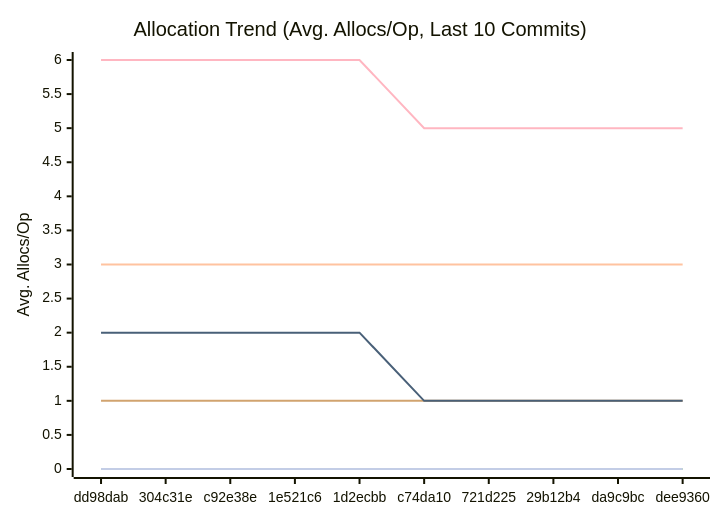
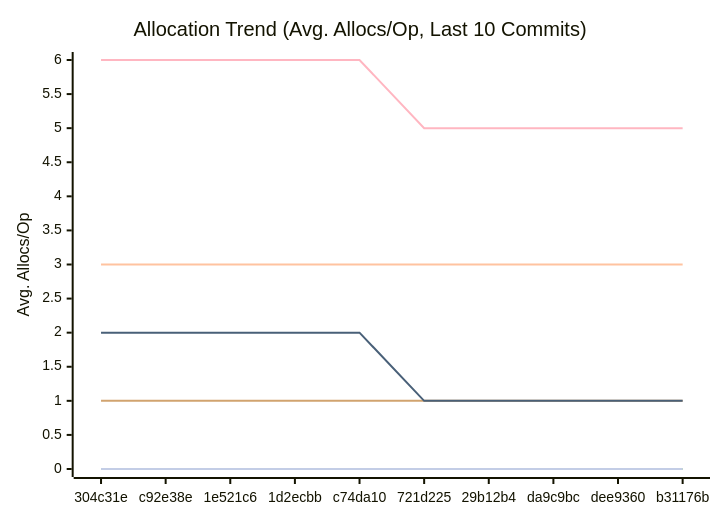
Before and after one commit to alsotoes/momo: the third of 3 diagrams in docs/PERFORMANCE.md, drawn with Mermaid. The commit also changed other lines of this file and 13 other files, not shown here.

````diff
--- a/docs/PERFORMANCE.md
+++ b/docs/PERFORMANCE.md
@@ -114,16 +114,16 @@
 ```mermaid
 xychart-beta
     title "Allocation Trend (Avg. Allocs/Op, Last 10 Commits)"
     x-axis "Commit"
     y-axis "Avg. Allocs/Op"
-    x-axis [dd98dab,304c31e,c92e38e,1e521c6,1d2ecbb,c74da10,721d225,29b12b4,da9c9bc,dee9360]
+    x-axis [304c31e,c92e38e,1e521c6,1d2ecbb,c74da10,721d225,29b12b4,da9c9bc,dee9360,b31176b]
     line "CheckMetricsAndSwap" [0,0,0,0,0,0,0,0,0,0]
     line "CrushOptimized" [0,0,0,0,0,0,0,0,0,0]
     line "CrushOriginal" [3,3,3,3,3,3,3,3,3,3]
     line "IndexDirectTracking" [0,0,0,0,0,0,0,0,0,0]
     line "IndexSearch" [0,0,0,0,0,0,0,0,0,0]
     line "LoadGlobalConfig" [1,1,1,1,1,1,1,1,1,1]
     line "PadString" [0,0,0,0,0,0,0,0,0,0]
     line "ParseReplicationOrder_NoPrealloc" [6,6,6,6,6,5,5,5,5,5]
     line "ParseReplicationOrder_Prealloc" [2,2,2,2,2,1,1,1,1,1]
 ```
````
